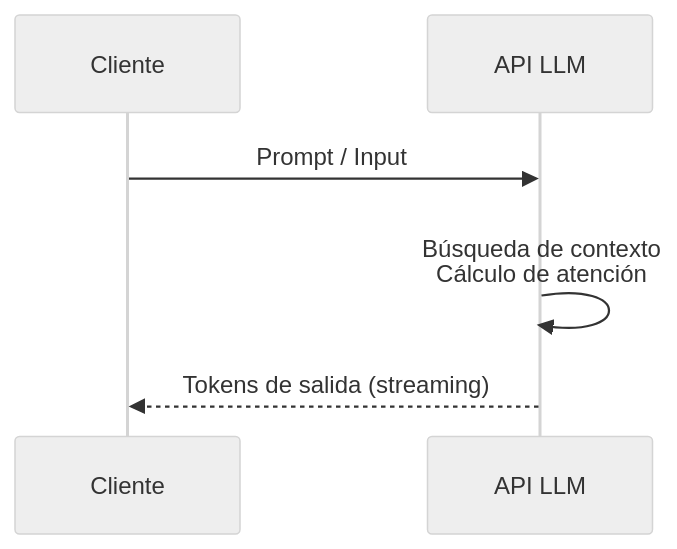
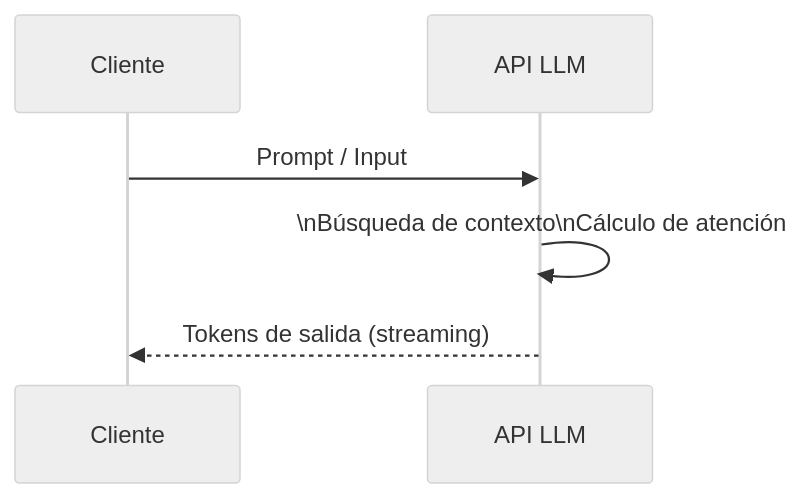
The fourth of 5 diagrams in docs/llms.md (infosails/clase-bk), drawn with Mermaid (neutral theme) before and after one commit. The commit also changed other lines of this file, not shown here.

````diff
--- a/docs/llms.md
+++ b/docs/llms.md
@@ -97,8 +97,8 @@
 ```mermaid
 sequenceDiagram
     participant Cliente
     participant API LLM
     Cliente->>API LLM: Prompt / Input
-    API LLM->>API LLM: <br/>Búsqueda de contexto<br/>Cálculo de atención
+    API LLM->>API LLM: \nBúsqueda de contexto\nCálculo de atención
     API LLM-->>Cliente: Tokens de salida (streaming)
 ```
````
